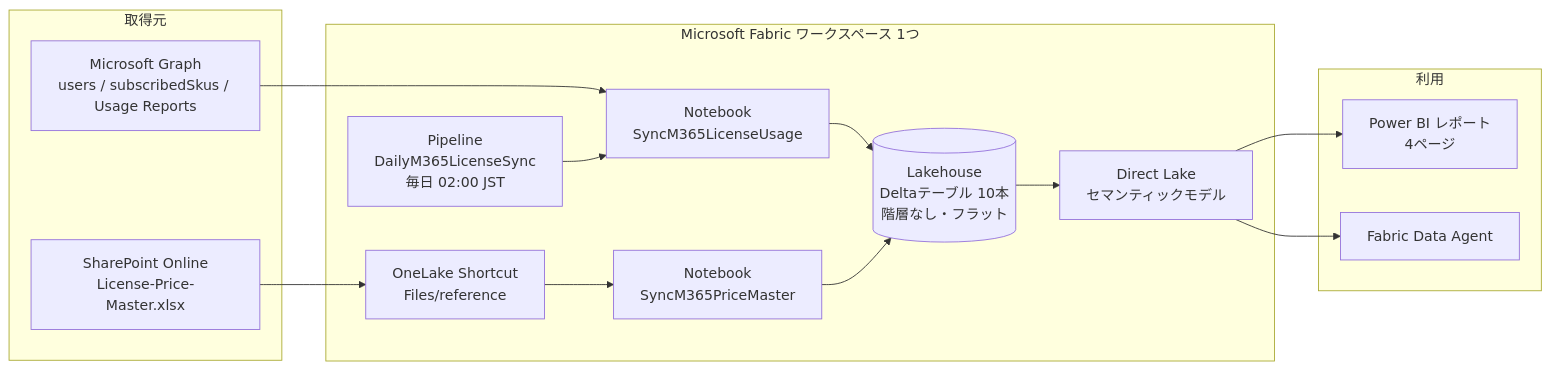
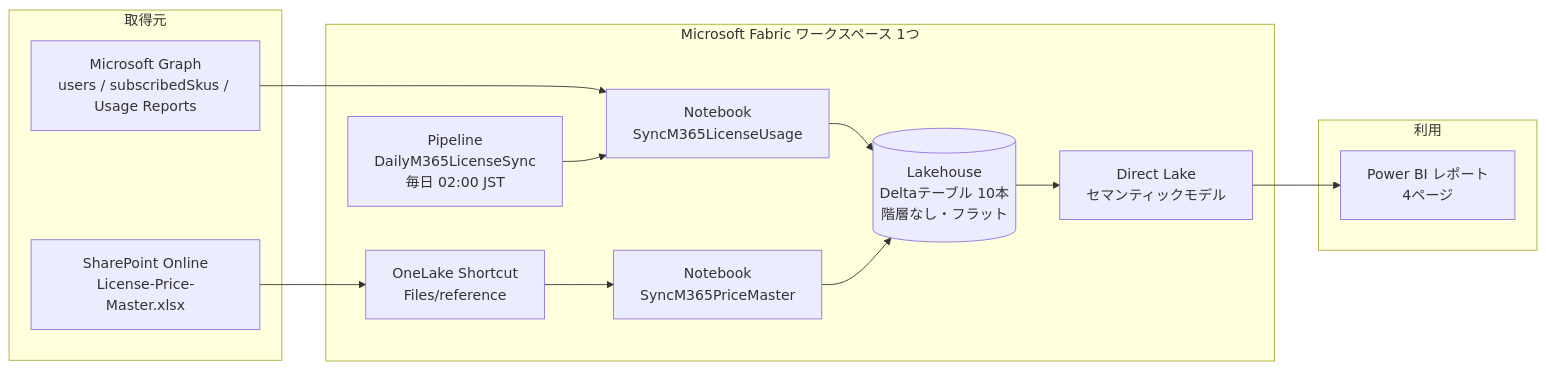
One commit to pcmn1000/m365-license-finops-reference changed the diagram in README.md. Above: the diagram before and after it, drawn with Mermaid. The commit also changed other lines of this file and 7 other files, not shown here.

````diff
--- a/README.md
+++ b/README.md
@@ -27,27 +30,25 @@
 ```mermaid
 flowchart LR
     subgraph SRC["取得元"]
         GRAPH["Microsoft Graph<br/>users / subscribedSkus / Usage Reports"]
         SPO["SharePoint Online<br/>License-Price-Master.xlsx"]
     end
 
     subgraph FABRIC["Microsoft Fabric ワークスペース 1つ"]
         NB1["Notebook<br/>SyncM365LicenseUsage"]
         NB2["Notebook<br/>SyncM365PriceMaster"]
         SC["OneLake Shortcut<br/>Files/reference"]
         LH[("Lakehouse<br/>Deltaテーブル 10本<br/>階層なし・フラット")]
         PIPE["Pipeline<br/>DailyM365LicenseSync<br/>毎日 02:00 JST"]
         MODEL["Direct Lake<br/>セマンティックモデル"]
     end
 
     subgraph USE["利用"]
         PBI["Power BI レポート<br/>4ページ"]
-        AGENT["Fabric Data Agent"]
     end
 
     GRAPH --> NB1 --> LH
     SPO --> SC --> NB2 --> LH
     PIPE --> NB1
     LH --> MODEL --> PBI
-    MODEL --> AGENT
 ```
````
